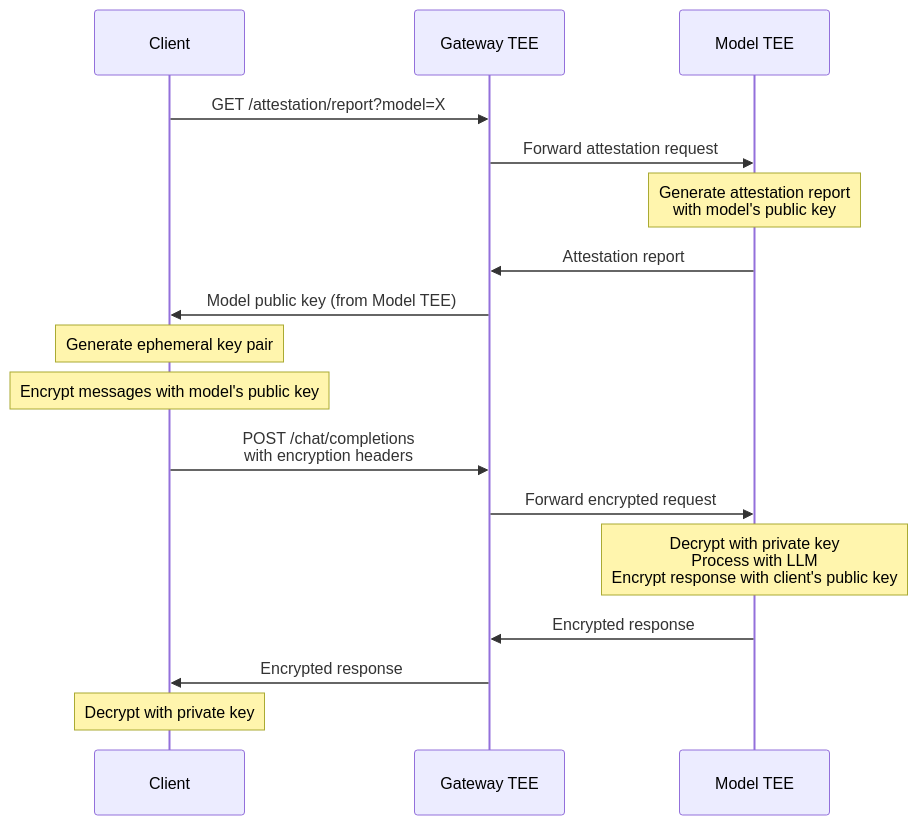
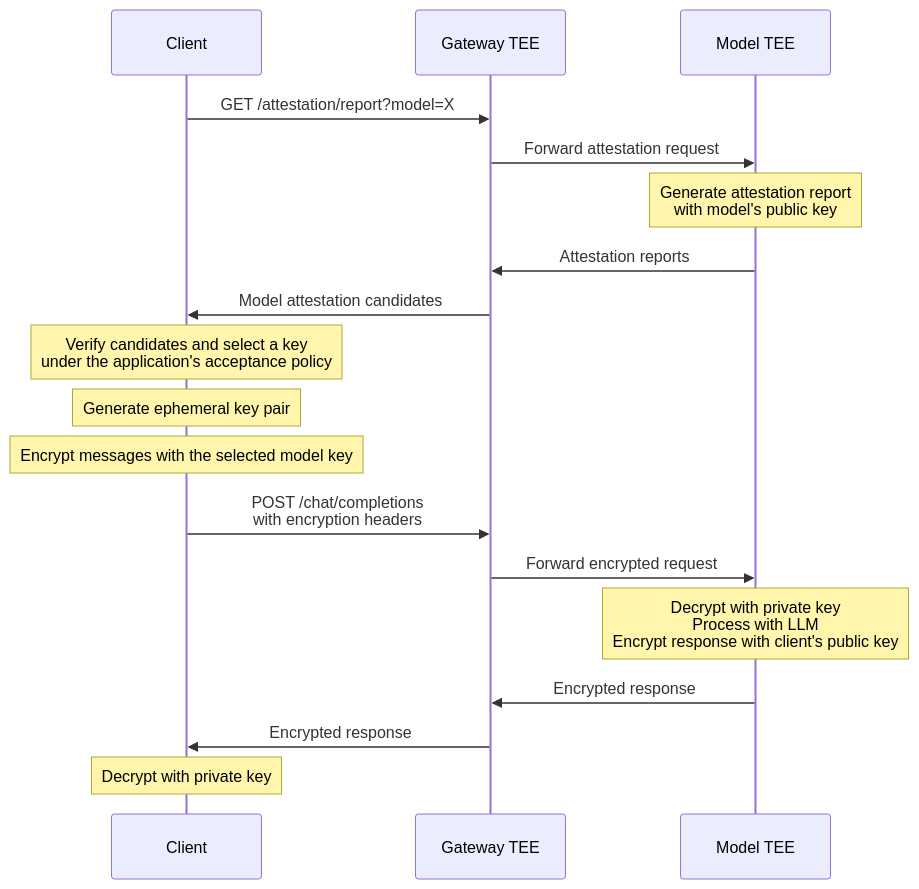
One commit to nearai/docs changed the first of 2 diagrams in cloud/guides/e2ee-chat-completions.mdx. Above: the diagram before and after it, drawn with Mermaid. The commit also changed other lines of this file and 9 other files, not shown here.

````diff
--- a/cloud/guides/e2ee-chat-completions.mdx
+++ b/cloud/guides/e2ee-chat-completions.mdx
@@ -24,23 +24,24 @@
 ```mermaid
 sequenceDiagram
     participant Client
     participant GatewayTEE as Gateway TEE
     participant ModelTEE as Model TEE
 
     Client->>GatewayTEE: GET /attestation/report?model=X
     GatewayTEE->>ModelTEE: Forward attestation request
     Note over ModelTEE: Generate attestation report<br/>with model's public key
-    ModelTEE->>GatewayTEE: Attestation report
-    GatewayTEE->>Client: Model public key (from Model TEE)
+    ModelTEE->>GatewayTEE: Attestation reports
+    GatewayTEE->>Client: Model attestation candidates
 
+    Note over Client: Verify candidates and select a key<br/>under the application's acceptance policy
     Note over Client: Generate ephemeral key pair
-    Note over Client: Encrypt messages with model's public key
+    Note over Client: Encrypt messages with the selected model key
 
     Client->>GatewayTEE: POST /chat/completions<br/>with encryption headers
     GatewayTEE->>ModelTEE: Forward encrypted request
     Note over ModelTEE: Decrypt with private key<br/>Process with LLM<br/>Encrypt response with client's public key
     ModelTEE->>GatewayTEE: Encrypted response
     GatewayTEE->>Client: Encrypted response
 
     Note over Client: Decrypt with private key
 ```
````
